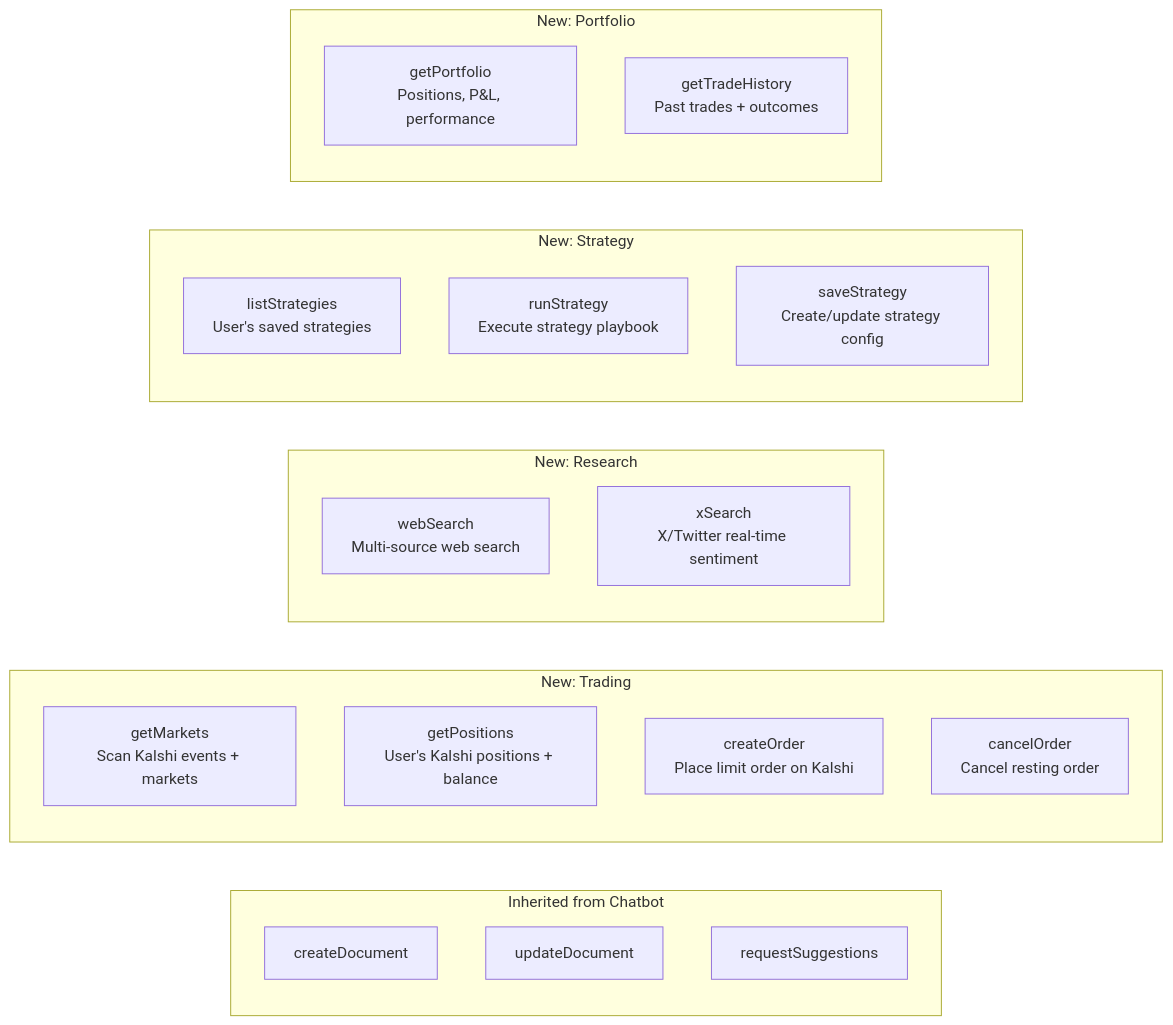
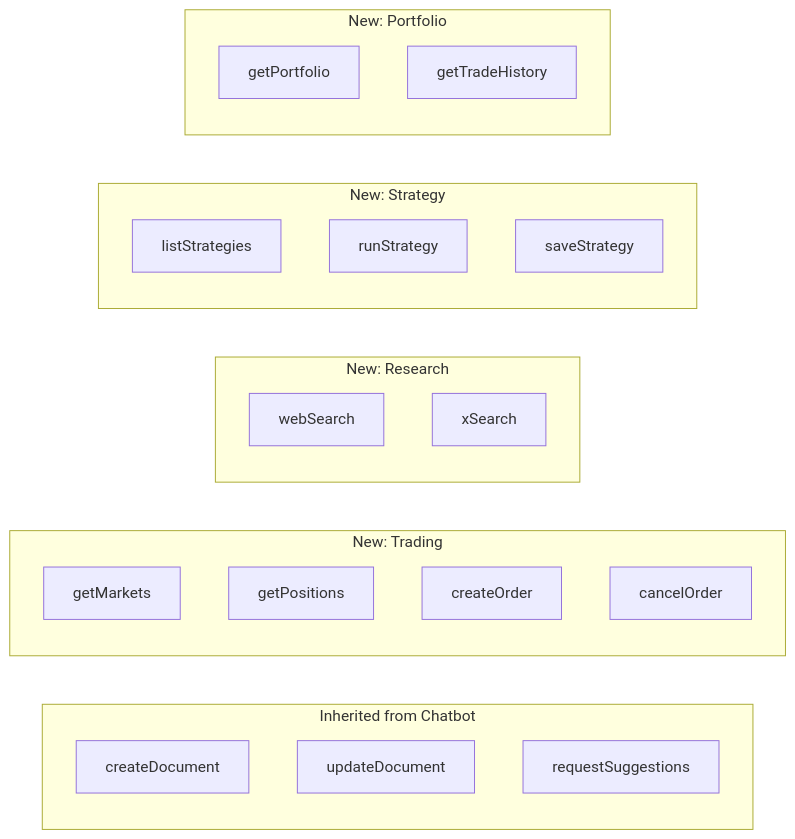
The sixth of 8 diagrams in kalshi-saas/docs/ARCH.md (operator-auteng-ai/quantreno), drawn with Mermaid before and after one commit. The commit also changed other lines of this file, not shown here.

First line of the commit message:
Fix Mermaid parse errors in ARCH.md

````diff
--- a/kalshi-saas/docs/ARCH.md
+++ b/kalshi-saas/docs/ARCH.md
@@ -376,31 +376,31 @@
 ```mermaid
 graph LR
     subgraph Inherited ["Inherited from Chatbot"]
         T1[createDocument]
         T2[updateDocument]
         T3[requestSuggestions]
     end
 
     subgraph Trading ["New: Trading"]
-        T4[getMarkets<br/>Scan Kalshi events + markets]
-        T5[getPositions<br/>User's Kalshi positions + balance]
-        T6[createOrder<br/>Place limit order on Kalshi]
-        T7[cancelOrder<br/>Cancel resting order]
+        T4["getMarkets"]
+        T5["getPositions"]
+        T6["createOrder"]
+        T7["cancelOrder"]
     end
 
     subgraph Research ["New: Research"]
-        T8[webSearch<br/>Multi-source web search]
-        T9[xSearch<br/>X/Twitter real-time sentiment]
+        T8["webSearch"]
+        T9["xSearch"]
     end
 
     subgraph Strategy ["New: Strategy"]
-        T10[listStrategies<br/>User's saved strategies]
-        T11[runStrategy<br/>Execute strategy playbook]
-        T12[saveStrategy<br/>Create/update strategy config]
+        T10["listStrategies"]
+        T11["runStrategy"]
+        T12["saveStrategy"]
     end
 
     subgraph Portfolio ["New: Portfolio"]
-        T13[getPortfolio<br/>Positions, P&L, performance]
-        T14[getTradeHistory<br/>Past trades + outcomes]
+        T13["getPortfolio"]
+        T14["getTradeHistory"]
     end
 ```
````
